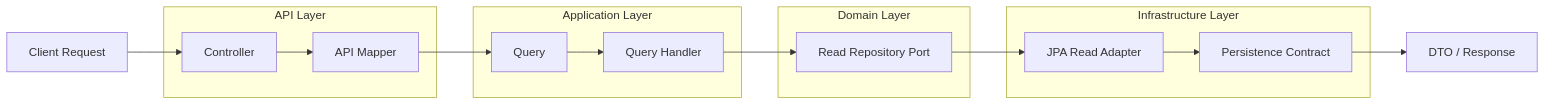
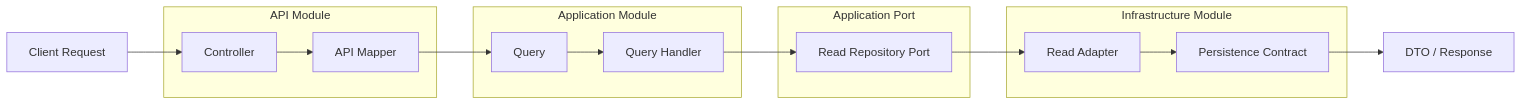
Before and after one commit to woojun-k/pabal: the second of 3 diagrams in README.md, drawn with Mermaid. The commit also changed other lines of this file and 518 other files, not shown here.

````diff
--- a/README.md
+++ b/README.md
@@ -107,24 +172,24 @@
 ```mermaid
 flowchart LR
     A["Client Request"] --> B["Controller"]
 
-    subgraph API["API Layer"]
+    subgraph API["API Module"]
         B --> C["API Mapper"]
     end
 
-    subgraph APP["Application Layer"]
+    subgraph APP["Application Module"]
         C --> D["Query"]
         D --> E["Query Handler"]
     end
 
-    subgraph DOMAIN["Domain Layer"]
+    subgraph PORT["Application Port"]
         E --> F["Read Repository Port"]
     end
 
-    subgraph INFRA["Infrastructure Layer"]
-        F --> G["JPA Read Adapter"]
+    subgraph INFRA["Infrastructure Module"]
+        F --> G["Read Adapter"]
         G --> H["Persistence Contract"]
     end
 
     H --> I["DTO / Response"]
 ```
````
